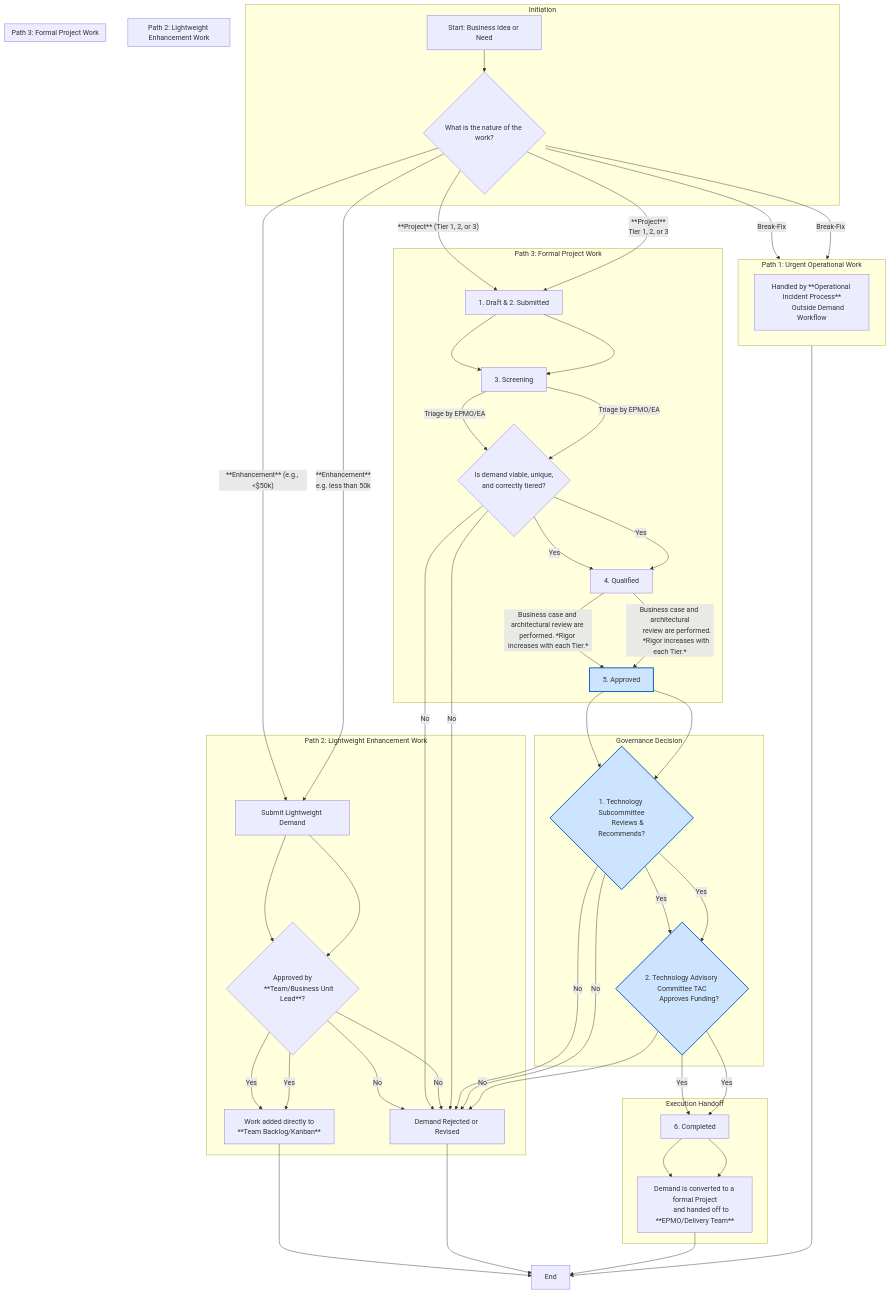
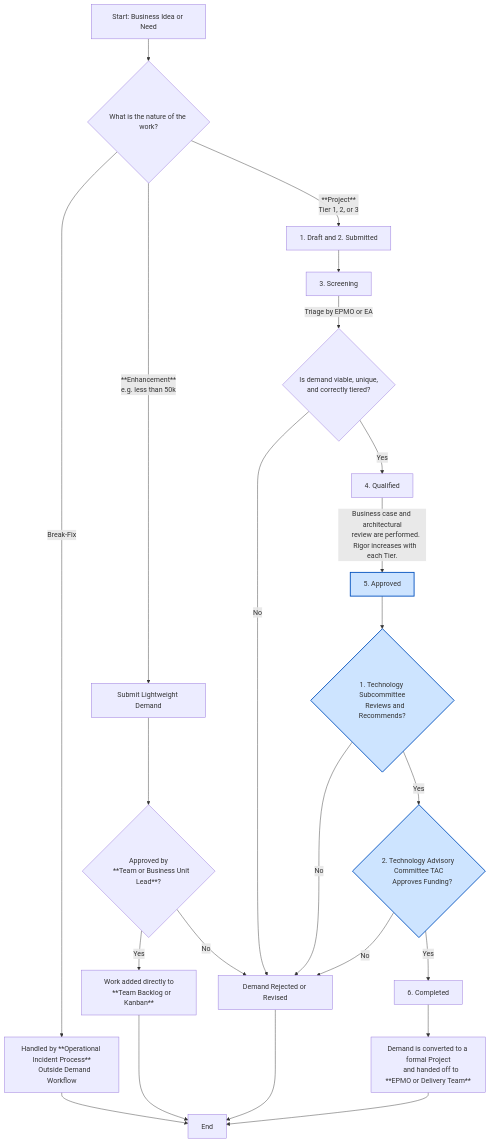
One commit to atomicx6637/ba-architecture changed the diagram in demand-workflow-visual.md. Above: the diagram before and after it, drawn with Mermaid. The commit also changed other lines of this file, not shown here.

Commit message:
Updated more stuff

````diff
--- a/demand-workflow-visual.md
+++ b/demand-workflow-visual.md
@@ -5,81 +5,84 @@
 ```mermaid
 flowchart TD
-    subgraph "Initiation"
-        A["Start: Business Idea or Need"] --> B{"What is the nature of the work?"};
-    end
+    %% Define Node Shapes
+    style A rect
+    style B rhombus
+    style C rect
+    style D rect
+    style E rhombus
+    style F rect
+    style G rect
+    style H rect
+    style I rect
+    style J rhombus
+    style K rect
+    style L rect
+    style M rhombus
+    style N rhombus
+    style O rect
+    style P rect
+    style Z rect
 
-    subgraph "Path 1: Urgent Operational Work"
-        direction LR
-        B -->|Break-Fix| C[Handled by **Operational Incident Process** - Outside Demand Workflow];
-    end
+    %% Define Node Text
+    A["Start: Business Idea or Need"]
+    B{"What is the nature of the work?"}
+    C["Handled by **Operational Incident Process**
+    Outside Demand Workflow"]
+    D["Submit Lightweight Demand"]
+    E{"Approved by
+    **Team or Business Unit Lead**?"}
+    F["Work added directly to
+    **Team Backlog or Kanban**"]
+    G["Demand Rejected or Revised"]
+    H["1. Draft and 2. Submitted"]
+    I["3. Screening"]
+    J{"Is demand viable, unique,
+    and correctly tiered?"}
+    K["4. Qualified"]
+    L["5. Approved"]
+    M{"1. Technology Subcommittee
+    Reviews and Recommends?"}
+    N{"2. Technology Advisory Committee TAC
+    Approves Funding?"}
+    O["6. Completed"]
+    P["Demand is converted to a formal Project
+    and handed off to **EPMO or Delivery Team**"]
+    Z["End"]
 
-    subgraph "Path 2: Lightweight Enhancement Work"
-        B -->|"**Enhancement** (e.g., <$50k)"| D(Submit Lightweight Demand);
-        D --> E{Approved by **Team/Business Unit Lead**?};
-        E -->|Yes| F[Work added directly to **Team Backlog/Kanban**];
-        E -->|No| G[Demand Rejected or Revised];
-    end
+    %% Define Connections
+    A --> B
 
-    subgraph "Path 3: Formal Project Work"
-        B -->|"**Project** (Tier 1, 2, or 3)"| H(1. Draft & 2. Submitted);
-        H --> I(3. Screening);
-        I -->|"Triage by EPMO/EA"| J{Is demand viable, unique, and correctly tiered?};
-        J -->|No| G;
-        J -->|Yes| K(4. Qualified);
-        K -->|"Business case and architectural review are performed. *Rigor increases with each Tier.*"| L(5. Approved);
-        B -->|Break-Fix| C["Handled by **Operational Incident Process**
-        Outside Demand Workflow"];
-    end
+    B -->|Break-Fix| C
+    B -->|"**Enhancement**
+    e.g. less than 50k"| D
 
-    subgraph "Path 2: Lightweight Enhancement Work"
-        B -->|"**Enhancement**
-        e.g. less than 50k"| D["Submit Lightweight Demand"];
-        D --> E{"Approved by
-        **Team/Business Unit Lead**?"};
-        E -->|Yes| F["Work added directly to
-        **Team Backlog/Kanban**"];
-        E -->|No| G["Demand Rejected or Revised"];
-    end
+    B -->|"**Project**
+    Tier 1, 2, or 3"| H
 
-    subgraph "Path 3: Formal Project Work"
-        B -->|"**Project**
-        Tier 1, 2, or 3"| H["1. Draft & 2. Submitted"];
-        H --> I["3. Screening"];
-        I -->|"Triage by EPMO/EA"| J{"Is demand viable, unique,
-        and correctly tiered?"};
-        J -->|No| G;
-        J -->|Yes| K["4. Qualified"];
-        K -->|"Business case and architectural
-        review are performed.
-        *Rigor increases with each Tier.*"| L["5. Approved"];
-    end
+    C --> Z
+    
+    D --> E
+    E -->|Yes| F
+    E -->|No| G
+    F --> Z
+    G --> Z
 
-    subgraph "Governance Decision"
-        style L fill:#cde4ff
-        L --> M{1. Technology Subcommittee Reviews & Recommends?};
-        M -->|No| G;
-        M -->|Yes| N{2. Technology Advisory Committee TAC Approves Funding?};
-        L --> M{"1. Technology Subcommittee
-        Reviews & Recommends?"};
-        M -->|No| G;
-        M -->|Yes| N{"2. Technology Advisory Committee TAC
-        Approves Funding?"};
-        N -->|No| G;
-    end
-
-    subgraph "Execution Handoff"
-        N -->|Yes| O(6. Completed);
-        O --> P[Demand is converted to a formal Project and handed off to **EPMO/Delivery Team**];
-        N -->|Yes| O["6. Completed"];
-        O --> P["Demand is converted to a formal Project
-        and handed off to **EPMO/Delivery Team**"];
-    end
-
-    %% Endpoints
-    C --> Z["End"];
-    F --> Z;
-    G --> Z;
-    P --> Z;
+    H --> I
+    I -->|"Triage by EPMO or EA"| J
+    J -->|No| G
+    J -->|Yes| K
+    K -->|"Business case and architectural
+    review are performed.
+    Rigor increases with each Tier."| L
+    
+    L --> M
+    M -->|No| G
+    M -->|Yes| N
+    N -->|No| G
+    N -->|Yes| O
+    
+    O --> P
+    P --> Z
 
     %% Styling
     classDef governance fill:#cde4ff,stroke:#0050be,stroke-width:2px;
````
